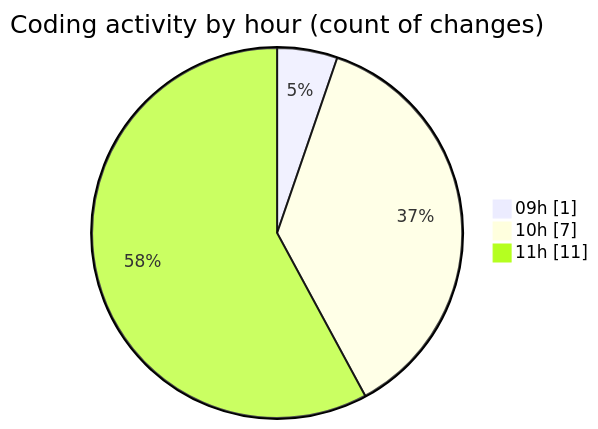
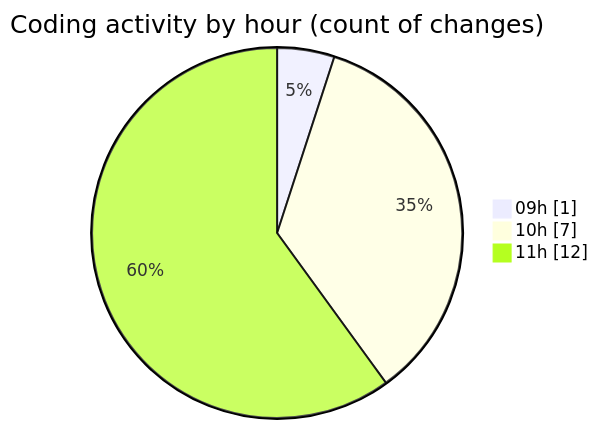
The second of 2 diagrams in 2025-05-01/ecodeli/README.md (CELIANVF/code-tracking), drawn with Mermaid before and after one commit. The commit also changed other lines of this file and 1 other file, not shown here.

````diff
--- a/2025-05-01/ecodeli/README.md
+++ b/2025-05-01/ecodeli/README.md
@@ -38,7 +38,7 @@
 ```mermaid
 pie showData
 title Coding activity by hour (count of changes)
 "09h" : 1
 "10h" : 7
-"11h" : 11
+"11h" : 12
 ```
````
